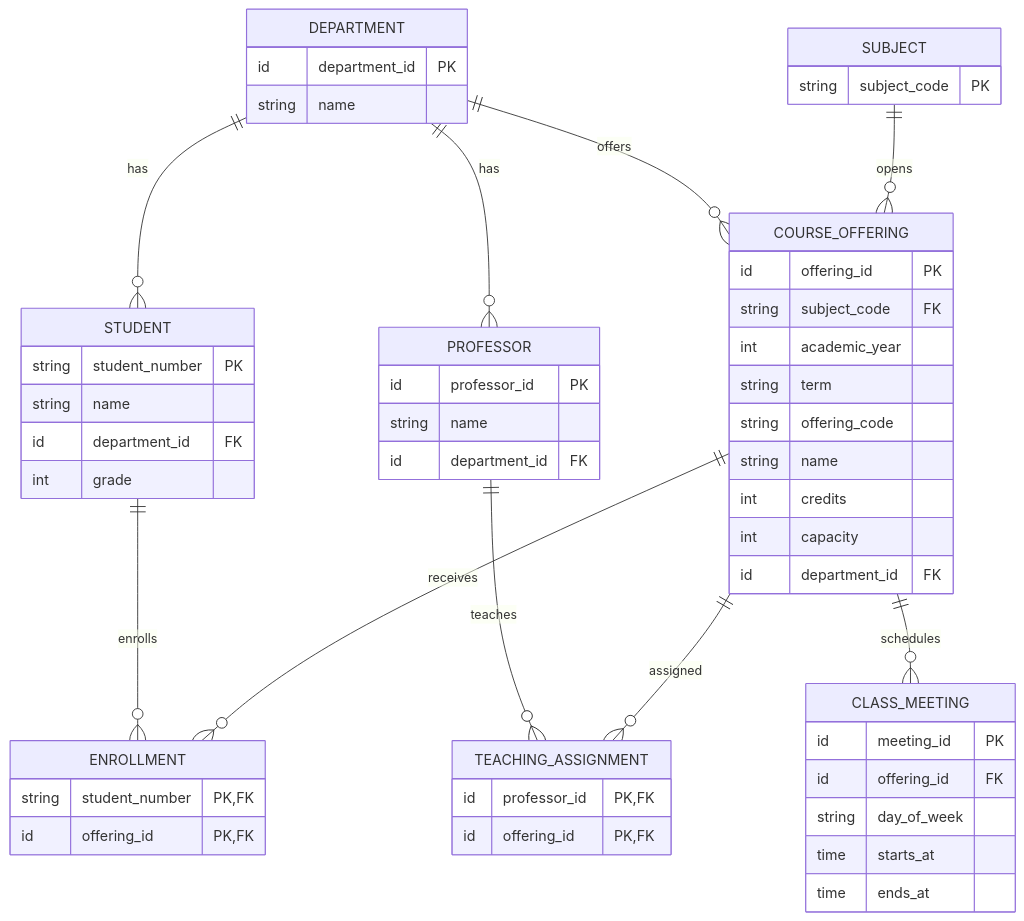
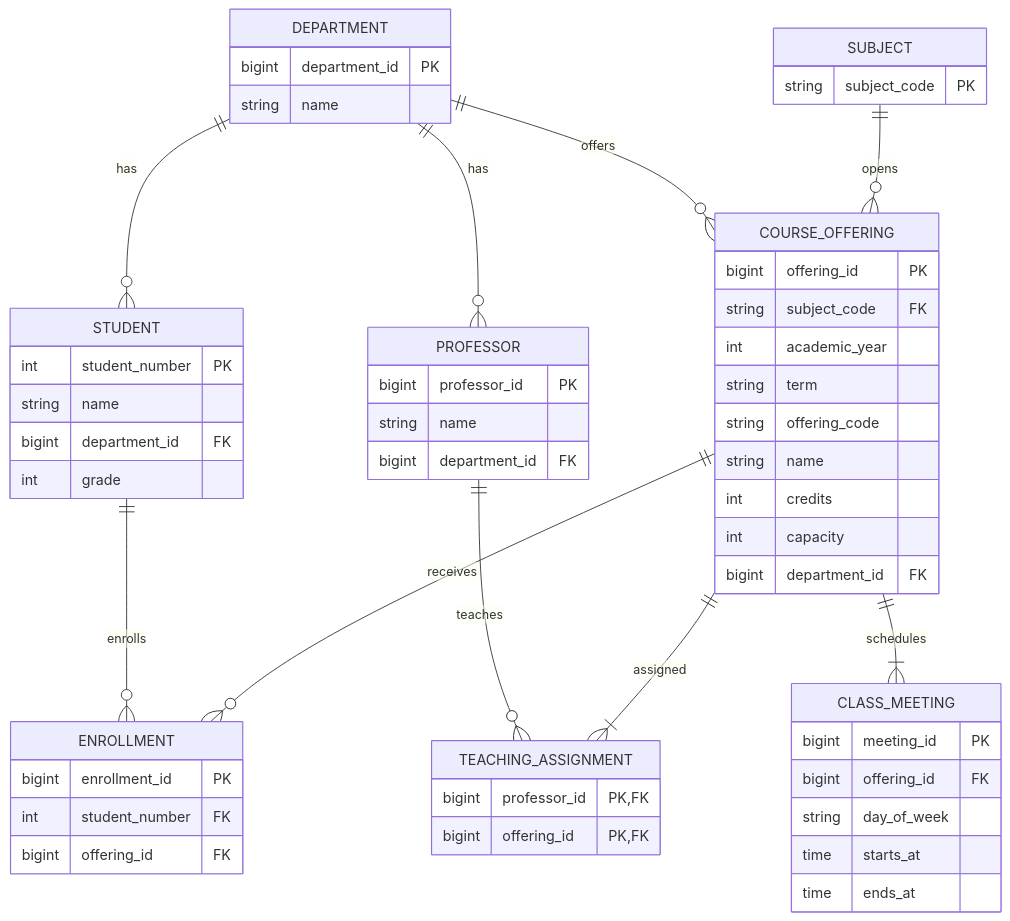
One commit to Doroddi/Course-Registration-System changed the diagram in docs/DATA_MODEL.md. Above: the diagram before and after it, drawn with Mermaid. The commit also changed other lines of this file and 20 other files, not shown here.

````diff
--- a/docs/DATA_MODEL.md
+++ b/docs/DATA_MODEL.md
@@ -7,57 +7,58 @@
 ```mermaid
 erDiagram
     DEPARTMENT ||--o{ STUDENT : has
     DEPARTMENT ||--o{ PROFESSOR : has
     DEPARTMENT ||--o{ COURSE_OFFERING : offers
     SUBJECT ||--o{ COURSE_OFFERING : opens
-    COURSE_OFFERING ||--o{ CLASS_MEETING : schedules
+    COURSE_OFFERING ||--|{ CLASS_MEETING : schedules
     STUDENT ||--o{ ENROLLMENT : enrolls
     COURSE_OFFERING ||--o{ ENROLLMENT : receives
     PROFESSOR ||--o{ TEACHING_ASSIGNMENT : teaches
-    COURSE_OFFERING ||--o{ TEACHING_ASSIGNMENT : assigned
+    COURSE_OFFERING ||--|{ TEACHING_ASSIGNMENT : assigned
 
     DEPARTMENT {
-        id department_id PK
+        bigint department_id PK
         string name
     }
     STUDENT {
-        string student_number PK
+        int student_number PK
         string name
-        id department_id FK
+        bigint department_id FK
         int grade
     }
     PROFESSOR {
-        id professor_id PK
+        bigint professor_id PK
         string name
-        id department_id FK
+        bigint department_id FK
     }
     SUBJECT {
         string subject_code PK
     }
     COURSE_OFFERING {
-        id offering_id PK
+        bigint offering_id PK
         string subject_code FK
         int academic_year
         string term
         string offering_code
         string name
         int credits
         int capacity
-        id department_id FK
+        bigint department_id FK
     }
     CLASS_MEETING {
-        id meeting_id PK
-        id offering_id FK
+        bigint meeting_id PK
+        bigint offering_id FK
         string day_of_week
         time starts_at
         time ends_at
     }
     ENROLLMENT {
-        string student_number PK,FK
-        id offering_id PK,FK
+        bigint enrollment_id PK
+        int student_number FK
+        bigint offering_id FK
     }
     TEACHING_ASSIGNMENT {
-        id professor_id PK,FK
-        id offering_id PK,FK
+        bigint professor_id PK,FK
+        bigint offering_id PK,FK
     }
 ```
````
